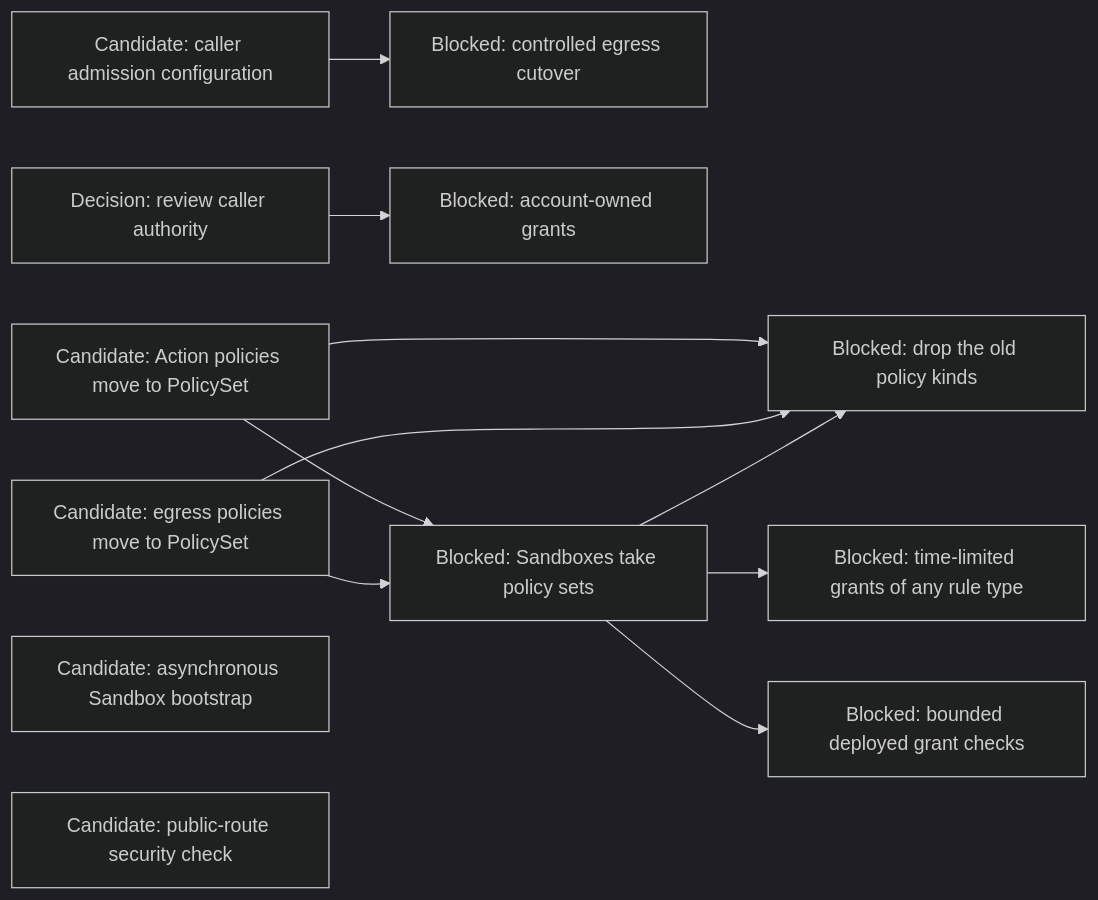
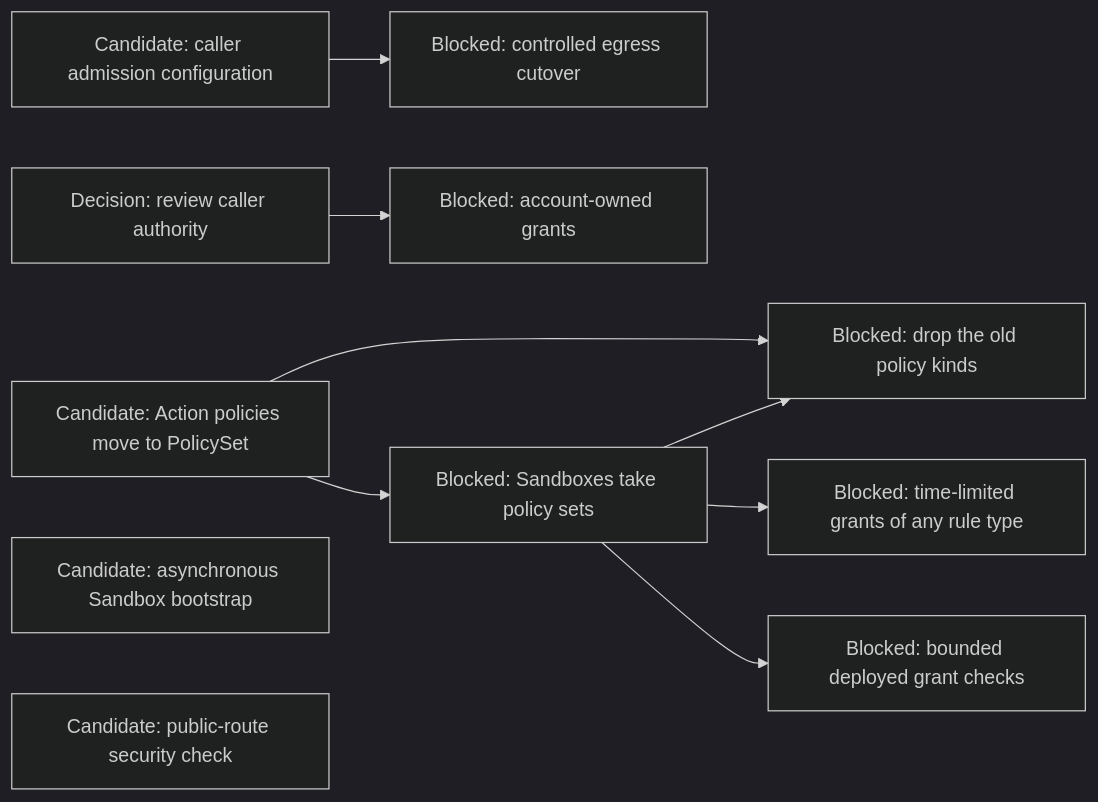
Before and after one commit to agentydragon-agent/ducktape: the eighth of 15 diagrams in agentplane/plans/task_dag.md, drawn with Mermaid (dark theme). The commit also changed other lines of this file and 44 other files, not shown here.

````diff
--- a/agentplane/plans/task_dag.md
+++ b/agentplane/plans/task_dag.md
@@ -473,17 +471,14 @@
 ```mermaid
 flowchart LR
     PC_EGRESS_CREDENTIALS[Candidate: caller admission configuration] --> PC_EGRESS[Blocked: controlled egress cutover]
     CLAUDE_AI_SA[Decision: review caller authority] --> MANAGED_SA_RBAC[Blocked: account-owned grants]
     ACTION_POLICY_MIGRATE[Candidate: Action policies move to PolicySet]
-    EGRESS_POLICY_MIGRATE[Candidate: egress policies move to PolicySet]
     ACTION_POLICY_MIGRATE --> OLD_POLICY_KINDS_DROP[Blocked: drop the old policy kinds]
-    EGRESS_POLICY_MIGRATE --> OLD_POLICY_KINDS_DROP
     ACTION_POLICY_MIGRATE --> POLICY_SANDBOX_CUTOVER[Blocked: Sandboxes take policy sets]
-    EGRESS_POLICY_MIGRATE --> POLICY_SANDBOX_CUTOVER
     POLICY_SANDBOX_CUTOVER --> POLICY_RUNTIME_GRANTS[Blocked: time-limited grants of any rule type]
     POLICY_SANDBOX_CUTOVER --> SANDBOX_RBAC
     POLICY_SANDBOX_CUTOVER --> OLD_POLICY_KINDS_DROP
     BOOTSTRAP_PROGRESS_CONTRACT[Candidate: asynchronous Sandbox bootstrap]
     SANDBOX_RBAC[Blocked: bounded deployed grant checks]
     NOTIFICATION_INGRESS_BOUNDARY[Candidate: public-route security check]
 ```
````
